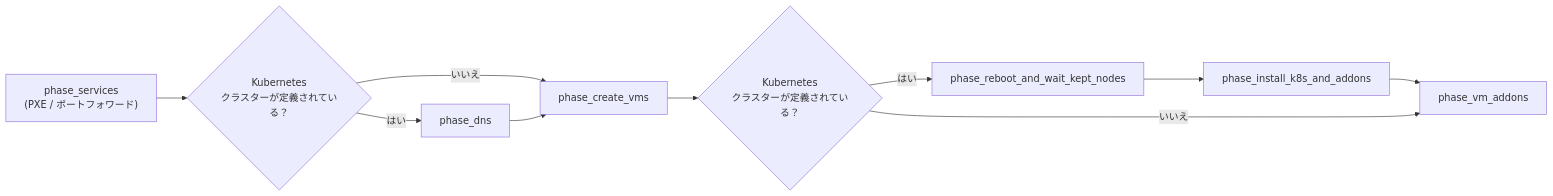
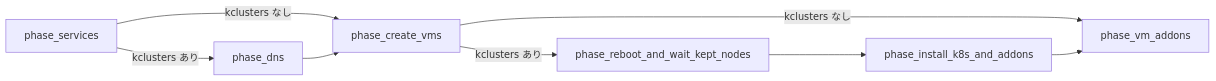
Before and after one commit to rmahique/lab-in-a-box: the second of 5 diagrams in README.ja.md, drawn with Mermaid. The commit also changed other lines of this file and 7 other files, not shown here.

````diff
--- a/README.ja.md
+++ b/README.ja.md
@@ -140,12 +135,10 @@
 ```mermaid
 flowchart LR
-    A["phase_services<br/>(PXE / ポートフォワード)"] --> B{"Kubernetes<br/>クラスターが定義されている？"}
-    B -- はい --> C["phase_dns"]
-    B -- いいえ --> D["phase_create_vms"]
-    C --> D
-    D --> E{"Kubernetes<br/>クラスターが定義されている？"}
-    E -- はい --> F["phase_reboot_and_wait_kept_nodes"]
+    A["phase_services"] -->|"kclusters あり"| C["phase_dns"]
+    A -->|"kclusters なし"| D["phase_create_vms"]
+    C --> D["phase_create_vms"]
+    D -->|"kclusters あり"| F["phase_reboot_and_wait_kept_nodes"]
+    D -->|"kclusters なし"| H["phase_vm_addons"]
     F --> G["phase_install_k8s_and_addons"]
     G --> H["phase_vm_addons"]
-    E -- いいえ --> H
 ```
````
